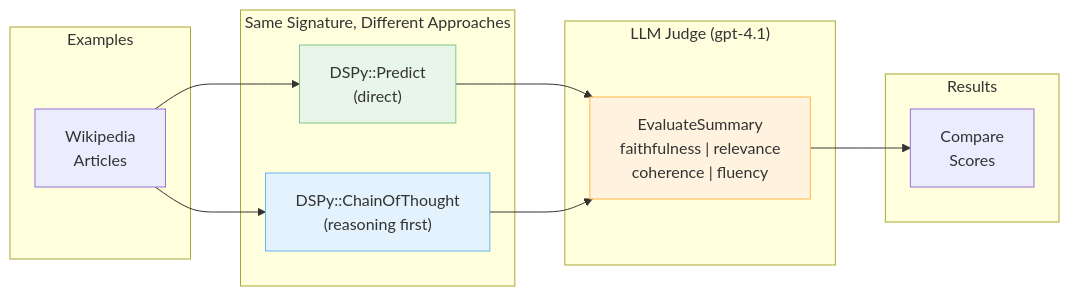
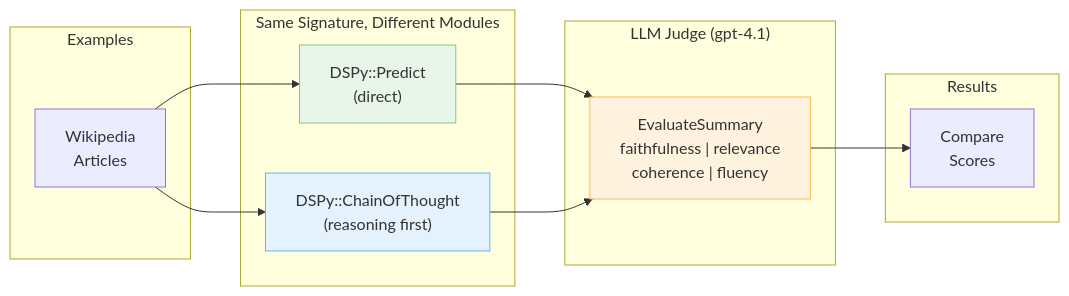
One commit to vicentereig/dspy.rb changed the diagram in docs/src/_articles/does-chain-of-thought-improve-summaries.md. Above: the diagram before and after it, drawn with Mermaid. The commit also changed other lines of this file and 90 other files, not shown here.

Commit message:
Rewrite DSPy documentation for current architecture

````diff
--- a/docs/src/_articles/does-chain-of-thought-improve-summaries.md
+++ b/docs/src/_articles/does-chain-of-thought-improve-summaries.md
@@ -29,27 +20,27 @@
 ```mermaid
 flowchart LR
     subgraph Examples
         E1["Wikipedia<br/>Articles"]
     end
 
-    subgraph Predictors["Same Signature, Different Approaches"]
+    subgraph Predictors["Same Signature, Different Modules"]
         P["DSPy::Predict<br/>(direct)"]
         C["DSPy::ChainOfThought<br/>(reasoning first)"]
     end
 
     subgraph Judge["LLM Judge (gpt-4.1)"]
         J["EvaluateSummary<br/>faithfulness | relevance<br/>coherence | fluency"]
     end
 
     subgraph Results
         R["Compare<br/>Scores"]
     end
 
     E1 --> P --> J
     E1 --> C --> J
     J --> R
 
     style P fill:#e8f5e9,stroke:#81c784
     style C fill:#e3f2fd,stroke:#64b5f6
     style J fill:#fff3e0,stroke:#ffb74d
 ```
````
